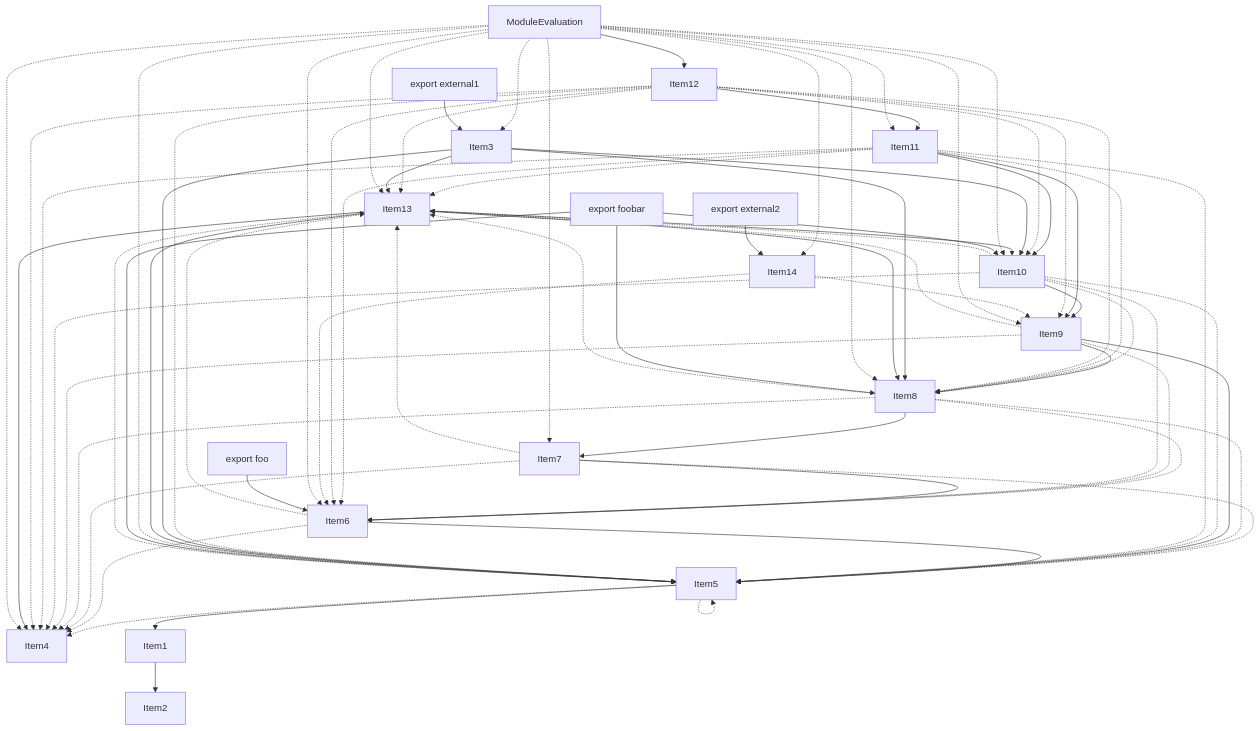
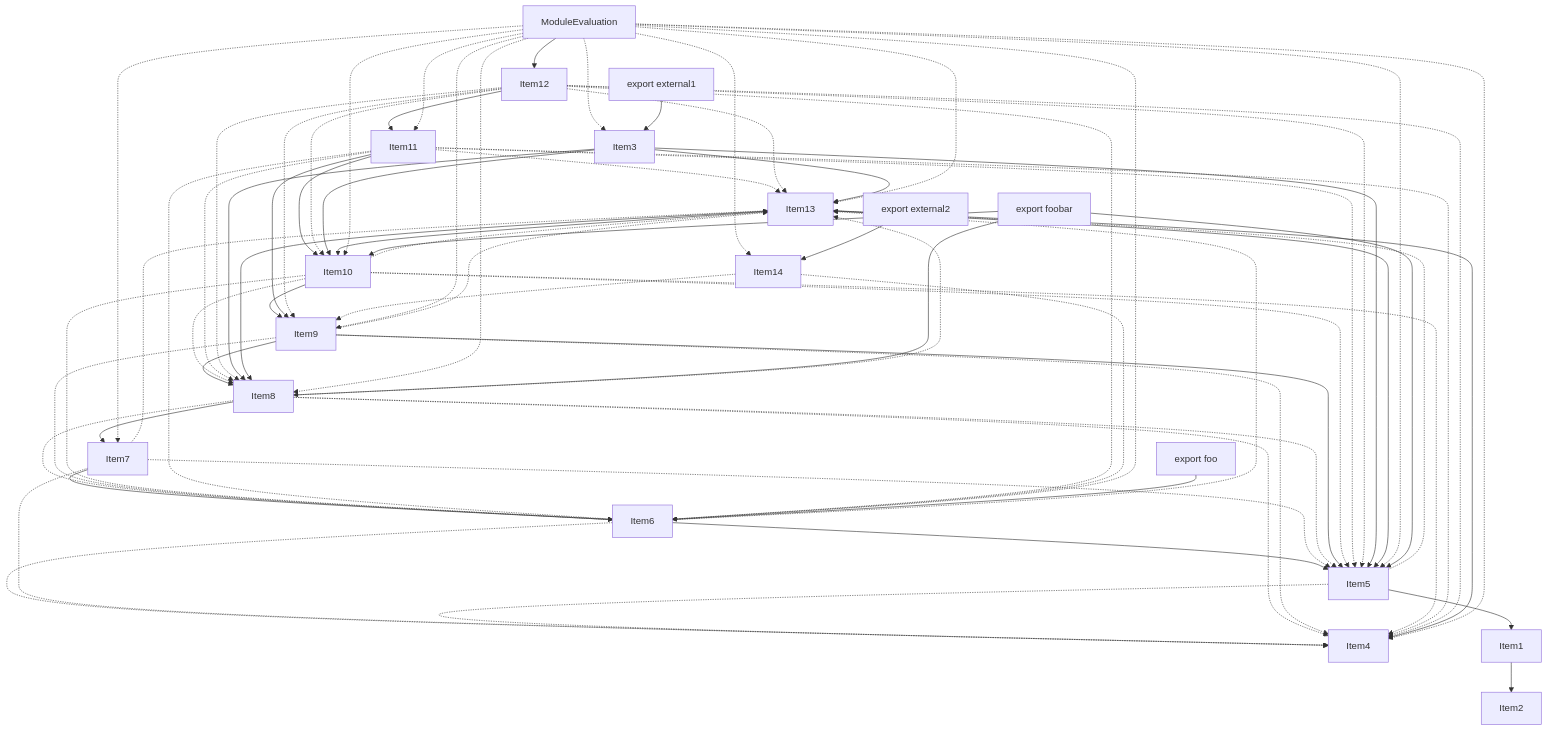
One commit to vercel/turborepo changed the fourth of 4 diagrams in crates/turbopack-ecmascript/tests/tree-shaker/analyzer/2/output.md. Above: the diagram before and after it, drawn with Mermaid. The commit also changed other lines of this file and 2 other files, not shown here.

```diff
--- a/crates/turbopack-ecmascript/tests/tree-shaker/analyzer/2/output.md
+++ b/crates/turbopack-ecmascript/tests/tree-shaker/analyzer/2/output.md
@@ -362,7 +360,6 @@
     Item1 --> Item2;
     Item5 --> Item1;
     Item5 -.-> Item13;
-    Item5 -.-> Item5;
     Item5 -.-> Item4;
     Item6 --> Item5;
     Item6 -.-> Item13;
```
